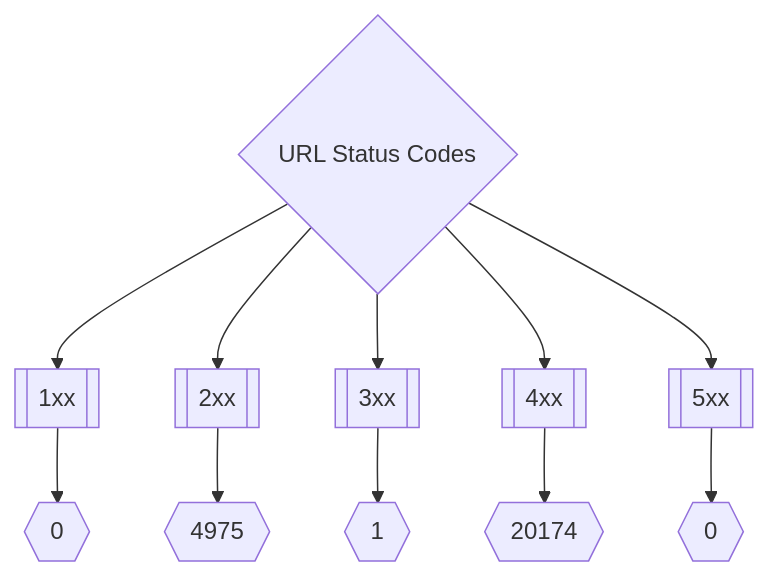
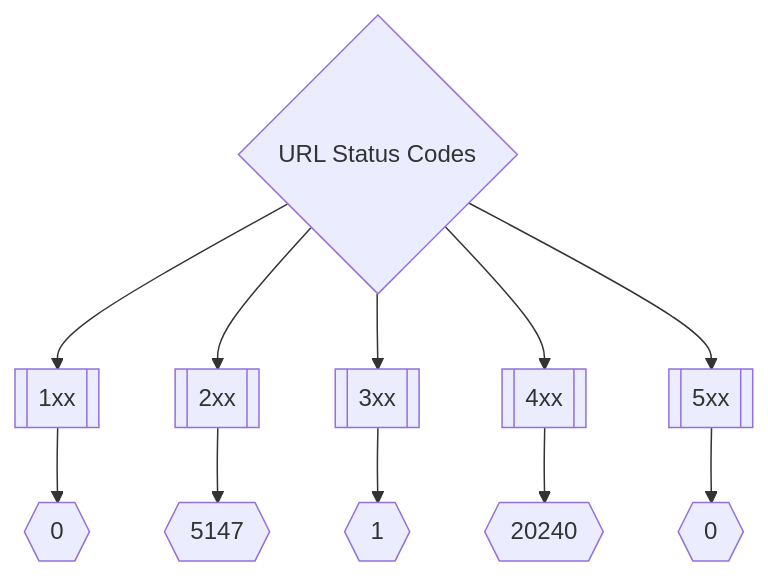
Before and after one commit to trickest/inventory: the second of 3 diagrams in README.md, drawn with Mermaid. The commit also changed other lines of this file, not shown here.

Commit message:
Update Mon Mar  7 19:12:37 UTC 2022

````diff
--- a/README.md
+++ b/README.md
@@ -173,8 +173,8 @@
 ```mermaid
 graph TD
 title{URL Status Codes} --> 1xx[[1xx]] --> status1xxNum{{0}}
-title --> 2xx[[2xx]] --> status2xxNum{{4975}}
+title --> 2xx[[2xx]] --> status2xxNum{{5147}}
 title --> 3xx[[3xx]] --> status3xxNum{{1}}
-title --> 4xx[[4xx]] --> status4xxNum{{20174}}
+title --> 4xx[[4xx]] --> status4xxNum{{20240}}
 title --> 5xx[[5xx]] --> status5xxNum{{0}}
 ```
````
